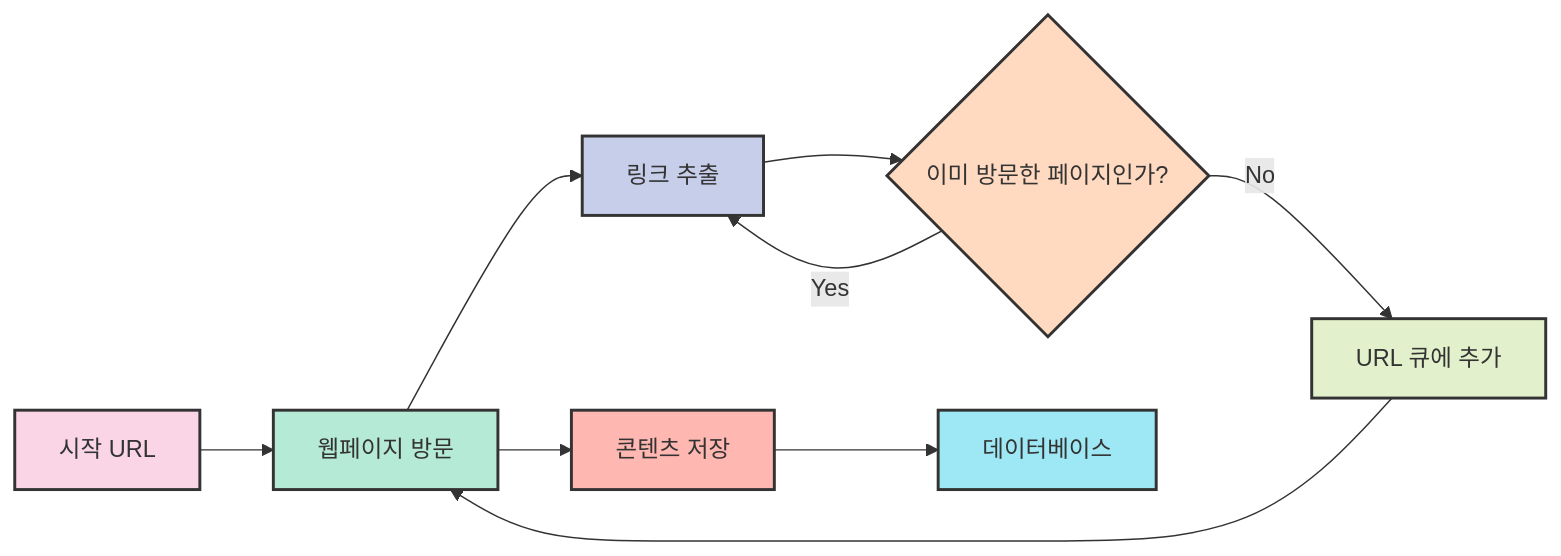
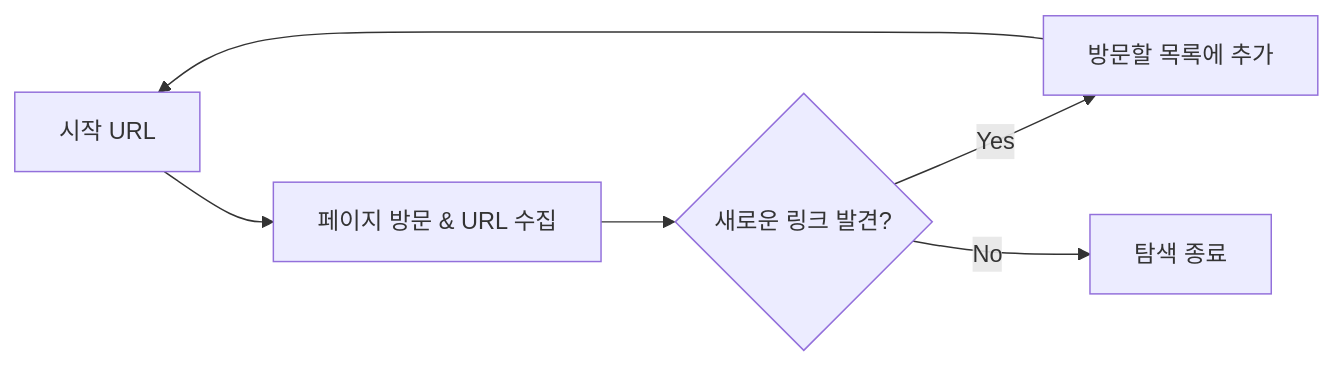
One commit to hanaoverride/data-scientist-cookbook-for-korean changed the second of 2 diagrams in Chapter I. 기반지식 학습/1. 기초 CS 이론/1. IT 리터러시/5. 검색엔진 최적화 SEO.md. Above: the diagram before and after it, drawn with Mermaid. The commit also changed other lines of this file and 132 other files, not shown here.

````diff
--- a/Chapter I. 기반지식 학습/1. 기초 CS 이론/1. IT 리터러시/5. 검색엔진 최적화 SEO.md
+++ b/Chapter I. 기반지식 학습/1. 기초 CS 이론/1. IT 리터러시/5. 검색엔진 최적화 SEO.md
@@ -130,19 +66,7 @@
 ```mermaid
 graph LR
-    A[시작 URL] --> B[웹페이지 방문]
-    B --> C[링크 추출]
-    C --> D{이미 방문한 페이지인가?}
-    D -->|Yes| C
-    D -->|No| E[URL 큐에 추가]
-    E --> B
-    B --> F[콘텐츠 저장]
-    F --> G[데이터베이스]
-    
-    style A fill:#f9d5e5,stroke:#333,stroke-width:2px
-    style B fill:#b5ead7,stroke:#333,stroke-width:2px
-    style C fill:#c7ceea,stroke:#333,stroke-width:2px
-    style D fill:#ffdac1,stroke:#333,stroke-width:2px
-    style E fill:#e2f0cb,stroke:#333,stroke-width:2px
-    style F fill:#ffb7b2,stroke:#333,stroke-width:2px
-    style G fill:#9ee7f4,stroke:#333,stroke-width:2px
+    A[시작 URL] --> B[페이지 방문 & URL 수집]
+    B --> C{새로운 링크 발견?}
+    C -->|Yes| D[방문할 목록에 추가] --> A
+    C -->|No| E[탐색 종료]
 ```
````
